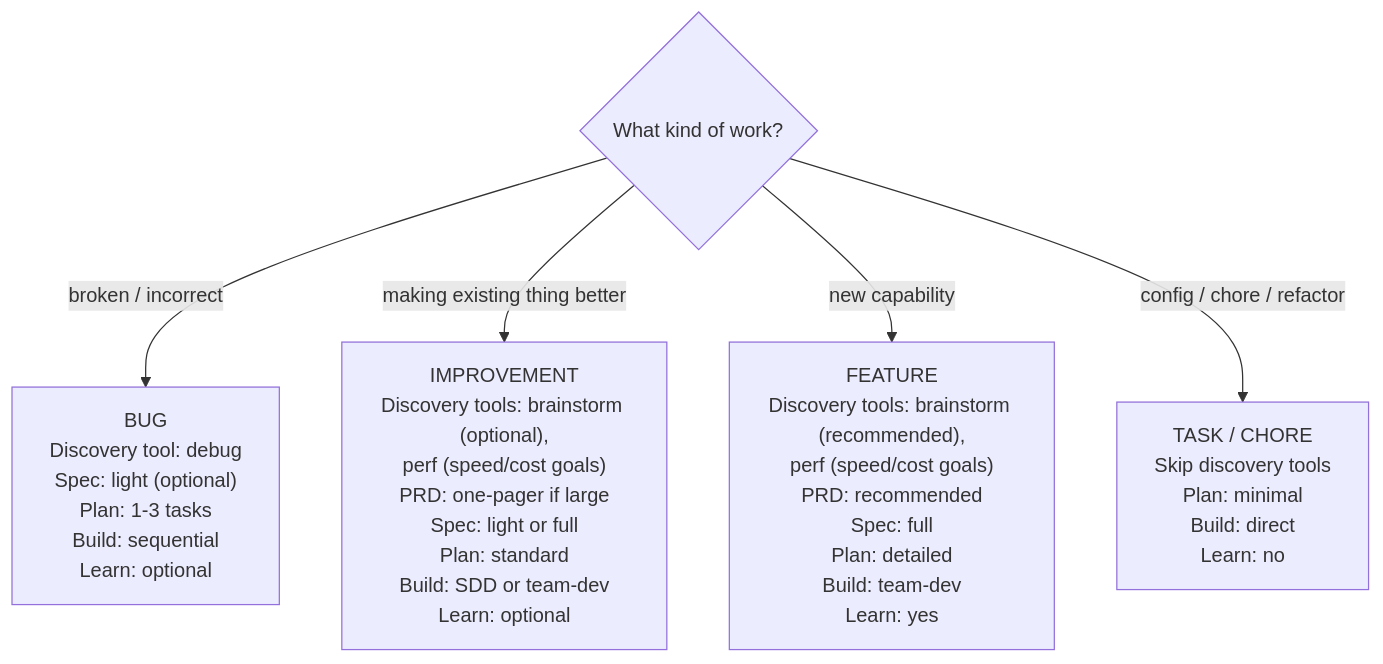
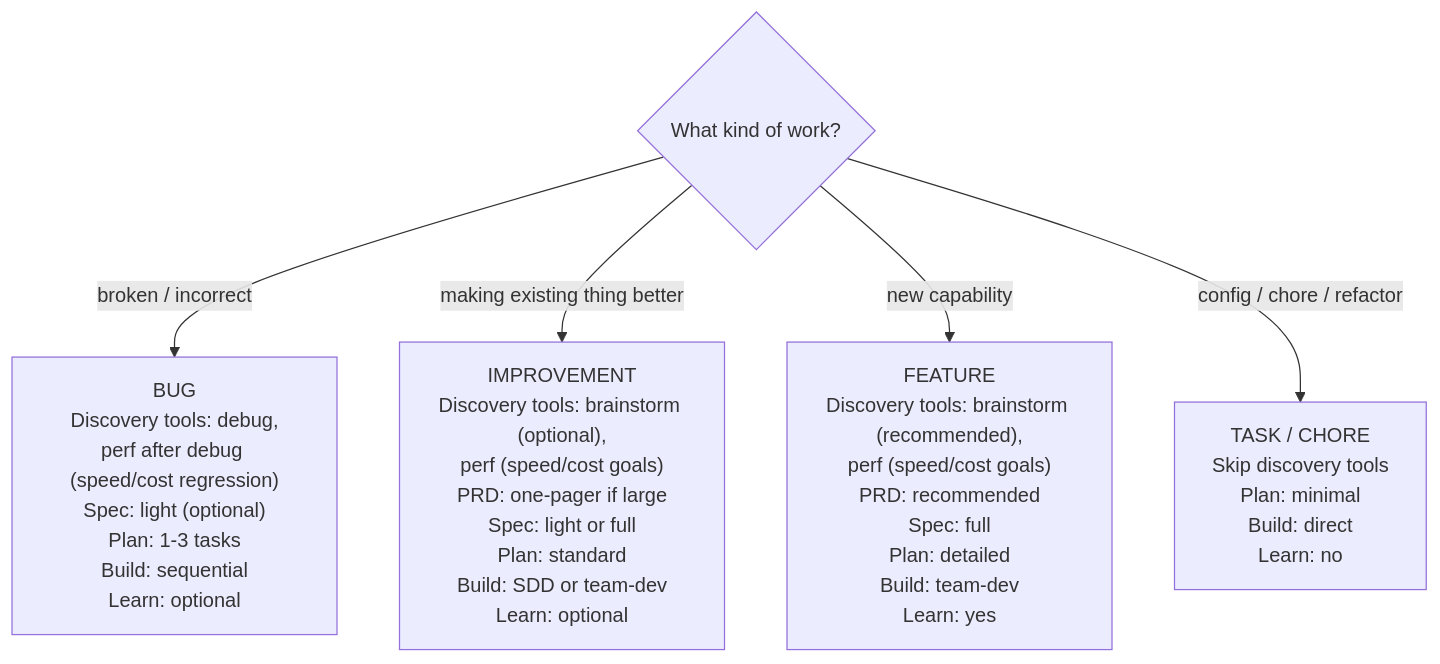
The second of 2 diagrams in core/skills/kickoff/SKILL.md (duronext/jig), drawn with Mermaid before and after one commit. The commit also changed other lines of this file and 1 other file, not shown here.

Commit message:
fix(core): offer perf after debug for speed or cost regressions
debug and perf both send a fixed speed or cost regression back to perf to measure it, but the routing table marked the Perf tool Skip for bugs and kickoff's BUG node listed only debug, so kickoff never offered it while verify still demands perf's paired runs for a "faster" claim. The Bug column now reads "After debug, if speed or cost regressed", and kickoff's BUG node and Perf offer say the same.

````diff
--- a/core/skills/kickoff/SKILL.md
+++ b/core/skills/kickoff/SKILL.md
@@ -88,8 +88,8 @@
 ```mermaid
 graph TD
   start{"What kind of work?"}
-  start -->|broken / incorrect| bug["BUG<br/>Discovery tool: debug<br/>Spec: light (optional)<br/>Plan: 1-3 tasks<br/>Build: sequential<br/>Learn: optional"]
+  start -->|broken / incorrect| bug["BUG<br/>Discovery tools: debug,<br/>perf after debug (speed/cost regression)<br/>Spec: light (optional)<br/>Plan: 1-3 tasks<br/>Build: sequential<br/>Learn: optional"]
   start -->|making existing thing better| improvement["IMPROVEMENT<br/>Discovery tools: brainstorm (optional),<br/>perf (speed/cost goals)<br/>PRD: one-pager if large<br/>Spec: light or full<br/>Plan: standard<br/>Build: SDD or team-dev<br/>Learn: optional"]
   start -->|new capability| feature["FEATURE<br/>Discovery tools: brainstorm (recommended),<br/>perf (speed/cost goals)<br/>PRD: recommended<br/>Spec: full<br/>Plan: detailed<br/>Build: team-dev<br/>Learn: yes"]
   start -->|config / chore / refactor| task["TASK / CHORE<br/>Skip discovery tools<br/>Plan: minimal<br/>Build: direct<br/>Learn: no"]
 ```
````
